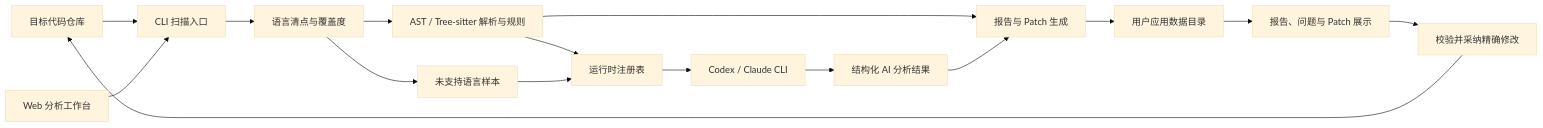
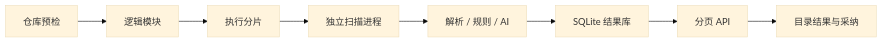
Before and after one commit to YangMingSJTU/log-pilot: the diagram in docs/TECHNICAL_DESIGN.md, drawn with Mermaid (base theme). The commit also changed other lines of this file and 17 other files, not shown here.

````diff
--- a/docs/TECHNICAL_DESIGN.md
+++ b/docs/TECHNICAL_DESIGN.md
@@ -7,18 +7,10 @@
 ```mermaid
 flowchart LR
-  A["目标代码仓库"] --> B["CLI 扫描入口"]
-  G["Web 分析工作台"] --> B
-  B --> L["语言清点与覆盖度"]
-  L --> C["AST / Tree-sitter 解析与规则"]
-  L --> U["未支持语言样本"]
-  C --> D["运行时注册表"]
-  U --> D
-  D --> H["Codex / Claude CLI"]
-  H --> I["结构化 AI 分析结果"]
-  C --> E["报告与 Patch 生成"]
-  I --> E
-  E --> J["用户应用数据目录"]
-  J --> F["报告、问题与 Patch 展示"]
-  F --> K["校验并采纳精确修改"]
-  K --> A
+  A["仓库预检"] --> B["逻辑模块"]
+  B --> C["执行分片"]
+  C --> D["独立扫描进程"]
+  D --> E["解析 / 规则 / AI"]
+  E --> F["SQLite 结果库"]
+  F --> G["分页 API"]
+  G --> H["目录结果与采纳"]
 ```
````
